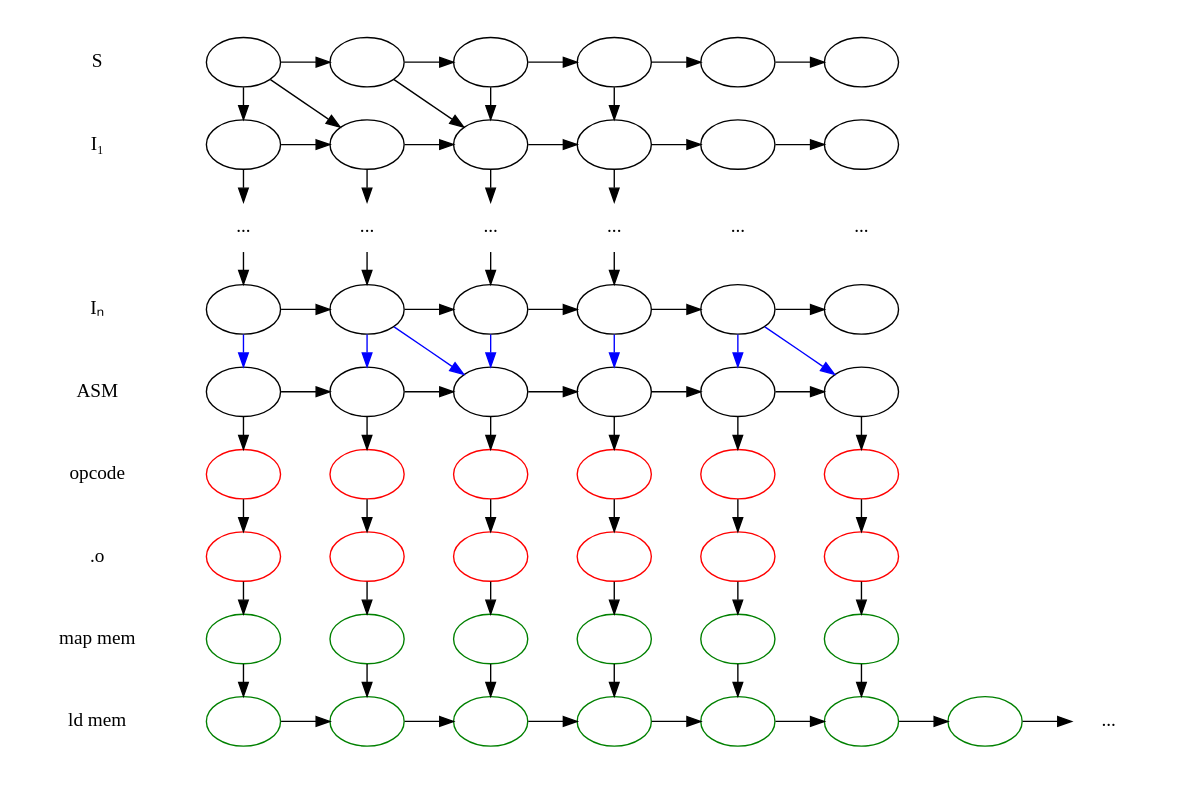
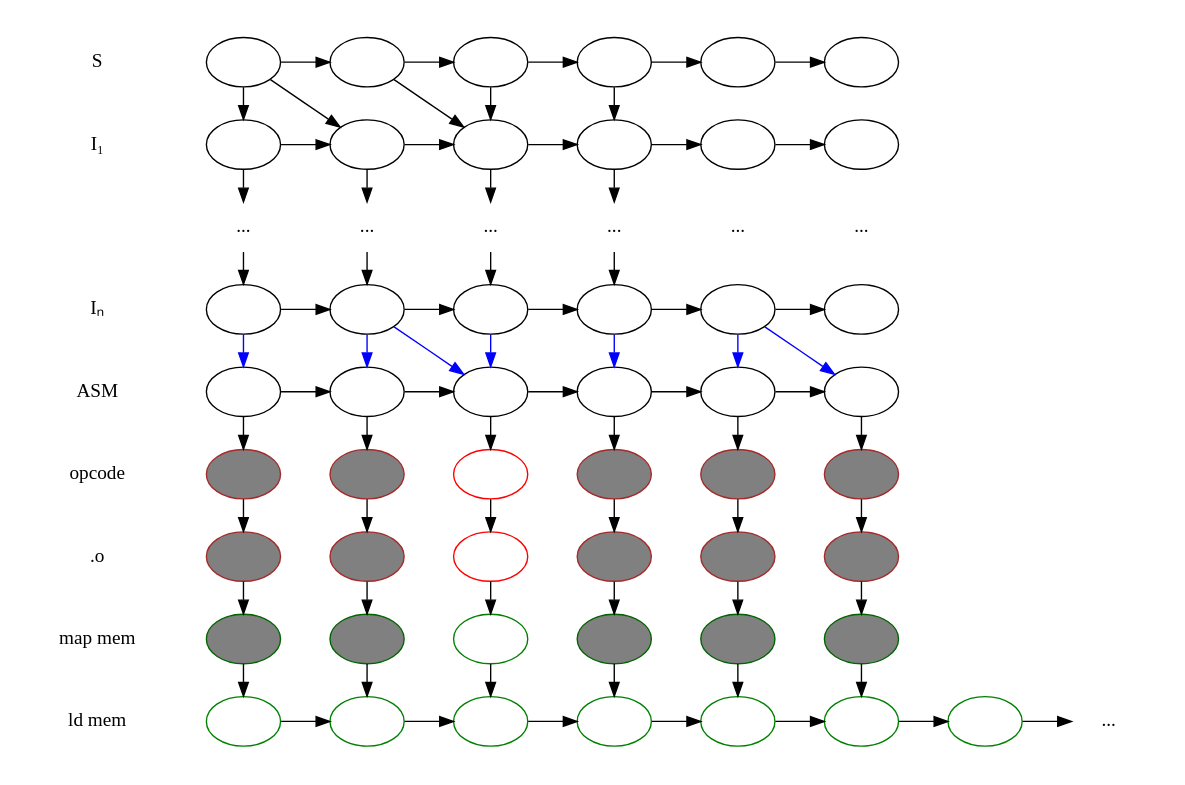
One commit to yulya3102/bachelor-thesis changed the diagram in diagram.dot. Above: the diagram before and after it, drawn with Graphviz.

Commit message:
Color fixes

```diff
--- a/diagram.dot
+++ b/diagram.dot
@@ -1,123 +1,126 @@
 digraph G {
     node [
         label = ""
     ]
     rankdir = LR
     subgraph cluster_ld {
         style = invis
         node [ color = green ]
         ld1 -> ld2 -> ld3 -> ld4 -> ld5 -> ld6 -> ld7 -> ld8
         ld [ label = "ld mem", shape = none ]
         ld8 [ label = "...", shape = none]
         ld -> ld1 [ style = invis ]
     }
     subgraph cluster_map {
         style = invis
-        node [ color = green ]
+        node [ color = darkgreen, fillcolor = grey, style = filled ]
         edge [ style = invis ]
         map -> map1 -> map2 -> map3 -> map4 -> map5 -> map6
-        map [ label = "map mem", shape = none ]
+        map [ label = "map mem", shape = none, style = solid ]
+        map3 [ color = green, style = solid ]
     }
     subgraph cluster_obj {
         style = invis
-        node [ color = red ]
+        node [ color = brown, fillcolor = grey, style = filled ]
         edge [ style = invis ]
         obj -> obj1 -> obj2 -> obj3 -> obj4 -> obj5 -> obj6
-        obj [ label = ".o", shape = none ]
+        obj [ label = ".o", shape = none, style = solid ]
+        obj3 [ color = red, style = solid ]
     }
     subgraph cluster_op {
         style = invis
-        node [ color = red ]
+        node [ color = brown, fillcolor = grey, style = filled ]
         edge [ style = invis ]
         op -> op1 -> op2 -> op3 -> op4 -> op5 -> op6
-        op [ label = opcode, shape = none ]
+        op [ label = opcode, shape = none, style = solid ]
+        op3 [ color = red, style = solid ]
     }
     subgraph cluster_ASM {
         style = invis
         asm1 -> asm2 -> asm3 -> asm4 -> asm5 -> asm6
         ASM [ label = ASM, shape = none ]
         ASM -> asm1 [ style = invis ]
     }
     subgraph cluster_In {
         style = invis
         in1 -> in2 -> in3 -> in4 -> in5 -> in6
         In [ label = Iₙ, shape = none ]
         In -> in1 [ style = invis ]
     }
     subgraph cluster_Is {
         node [ shape = none, label = "..." ]
         edge [ style = invis ]
         style = invis
         Is -> is1 -> is2 -> is3 -> is4 -> is5 -> is6
         Is [ label = "", shape = none ]
     }
     subgraph cluster_I1 {
         style = invis
         i11 -> i12 -> i13 -> i14 -> i15 -> i16
         I1 [ label = I₁, shape = none ]
         I1 -> i11 [ style = invis ]
     }
     subgraph cluster_S {
         style = invis
         s1 -> s2 -> s3 -> s4 -> s5 -> s6
         S [ label = S, shape = none ]
         S -> s1 [ style = invis ]
     }
     subgraph {
         edge [ constraint = false ]
         s1 -> i11 
         s1 -> i12
         s2 -> i13
         s3 -> i13
         s4 -> i14
 
         i11 -> is1
         i12 -> is2
         i13 -> is3
         i14 -> is4
 
         is1 -> in1
         is2 -> in2
         is3 -> in3
         is4 -> in4
 
         subgraph {
             edge [ color = blue ]
             in1 -> asm1
             in2 -> asm2
             in2 -> asm3
             in3 -> asm3
             in4 -> asm4
             in5 -> asm5
             in5 -> asm6
         }
 
         asm1 -> op1
         asm2 -> op2
         asm3 -> op3
         asm4 -> op4
         asm5 -> op5
         asm6 -> op6
 
         op1 -> obj1
         op2 -> obj2
         op3 -> obj3
         op4 -> obj4
         op5 -> obj5
         op6 -> obj6
 
         obj1 -> map1
         obj2 -> map2
         obj3 -> map3
         obj4 -> map4
         obj5 -> map5
         obj6 -> map6
 
         map1 -> ld1
         map2 -> ld2
         map3 -> ld3
         map4 -> ld4
         map5 -> ld5
         map6 -> ld6
     }
 }
```
